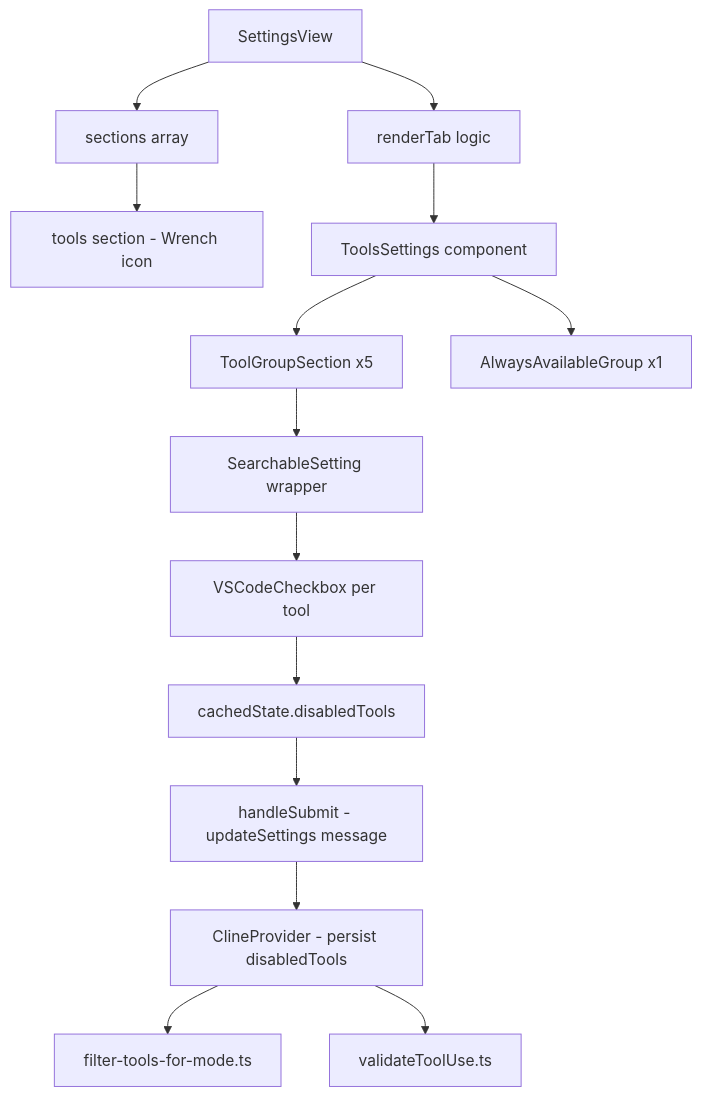
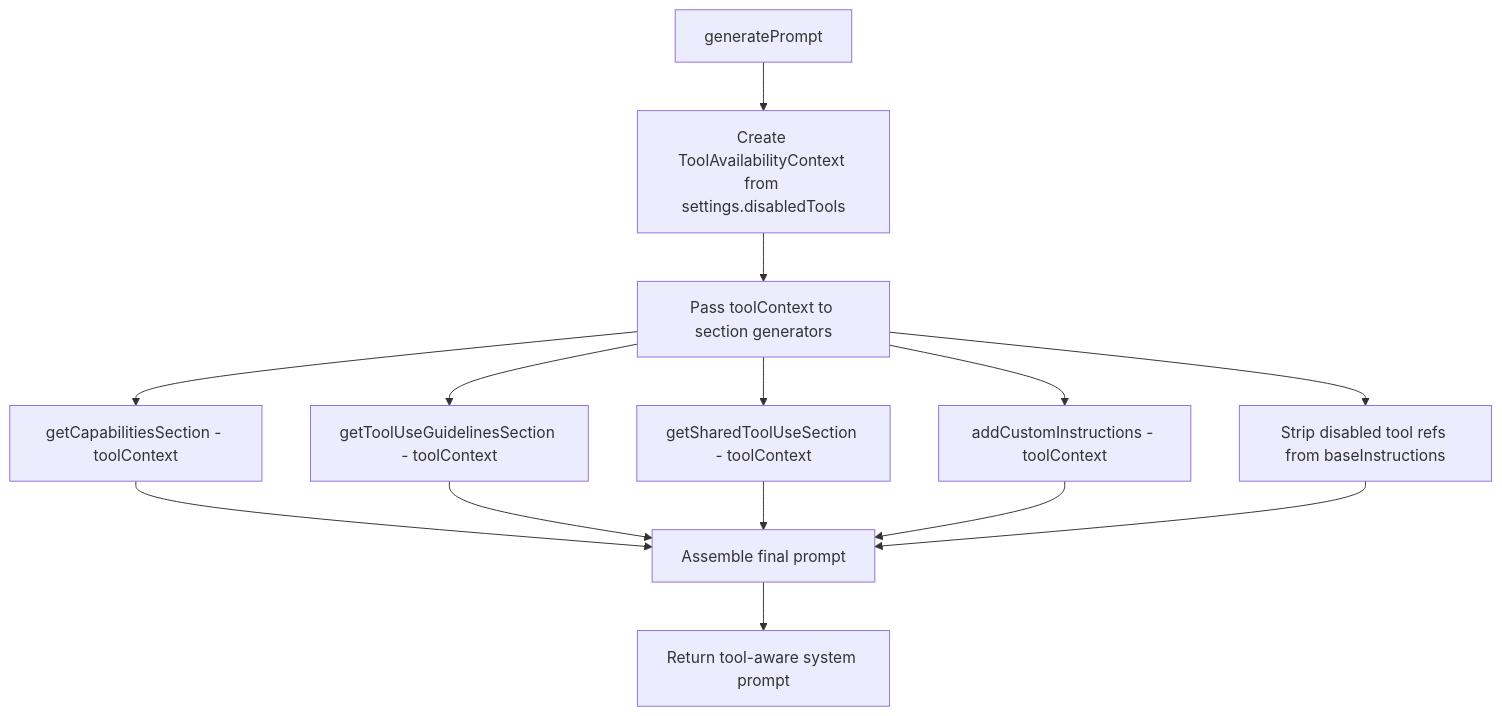
The first of 2 diagrams in .roo/specs/disable-internal-tools/design.md (vi70x3/AiRo), drawn with Mermaid before and after one commit. The commit also changed other lines of this file and 4 other files, not shown here.

````diff
--- a/.roo/specs/disable-internal-tools/design.md
+++ b/.roo/specs/disable-internal-tools/design.md
@@ -7,16 +7,16 @@
 ```mermaid
 flowchart TD
-    A[SettingsView] --> B[sections array]
-    B --> C[tools section - Wrench icon]
-    A --> D[renderTab logic]
-    D --> E[ToolsSettings component]
-    E --> F[ToolGroupSection x5]
-    E --> G[AlwaysAvailableGroup x1]
-    F --> H[SearchableSetting wrapper]
-    H --> I[VSCodeCheckbox per tool]
-    I --> J[cachedState.disabledTools]
-    J --> K[handleSubmit - updateSettings message]
-    K --> L[ClineProvider - persist disabledTools]
-    L --> M[filter-tools-for-mode.ts]
-    L --> N[validateToolUse.ts]
+    A[generatePrompt] --> B[Create ToolAvailabilityContext from settings.disabledTools]
+    B --> C[Pass toolContext to section generators]
+    C --> D1[getCapabilitiesSection - toolContext]
+    C --> D2[getToolUseGuidelinesSection - toolContext]
+    C --> D3[getSharedToolUseSection - toolContext]
+    C --> D4[addCustomInstructions - toolContext]
+    C --> D5[Strip disabled tool refs from baseInstructions]
+    D1 --> E[Assemble final prompt]
+    D2 --> E
+    D3 --> E
+    D4 --> E
+    D5 --> E
+    E --> F[Return tool-aware system prompt]
 ```
````
